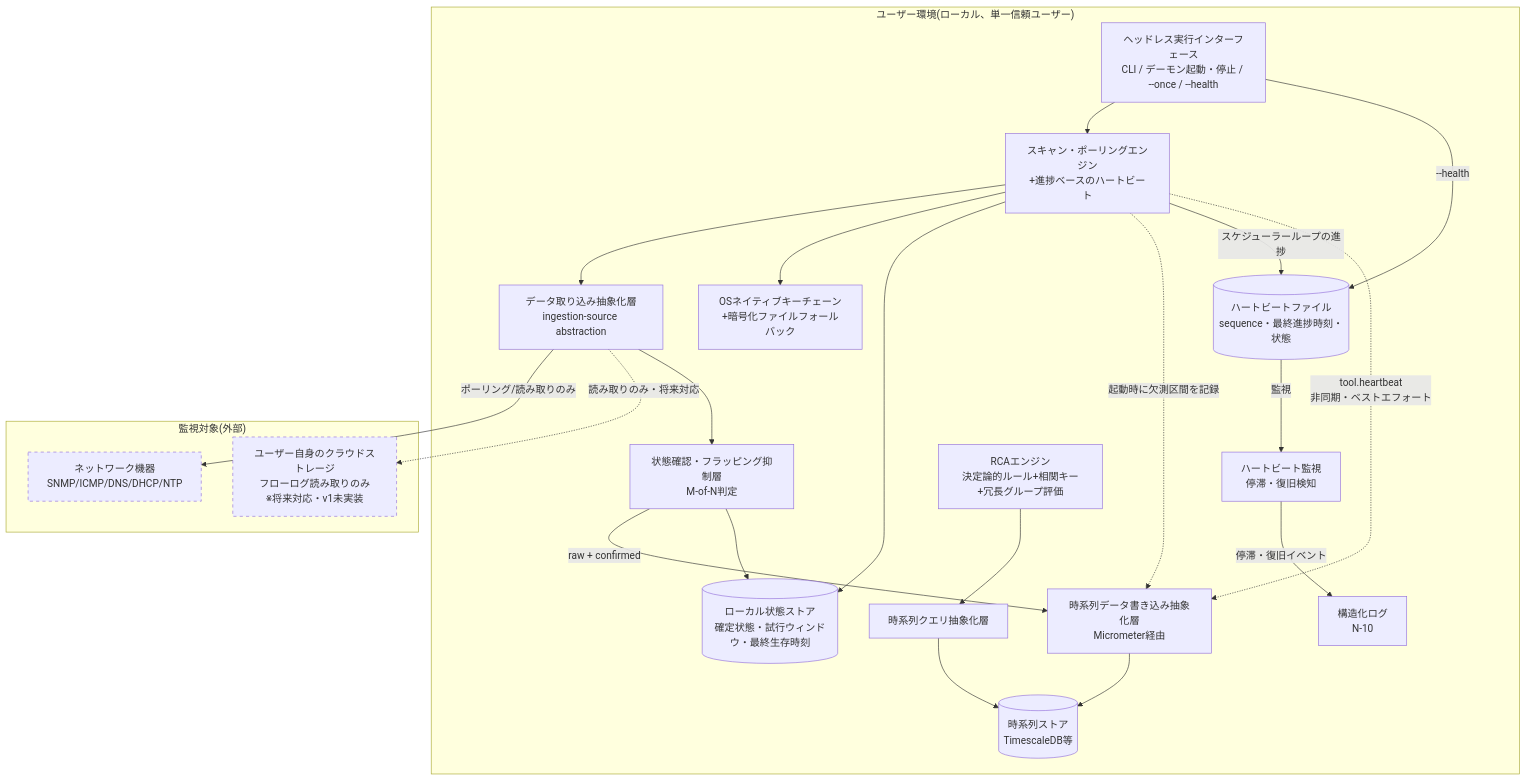
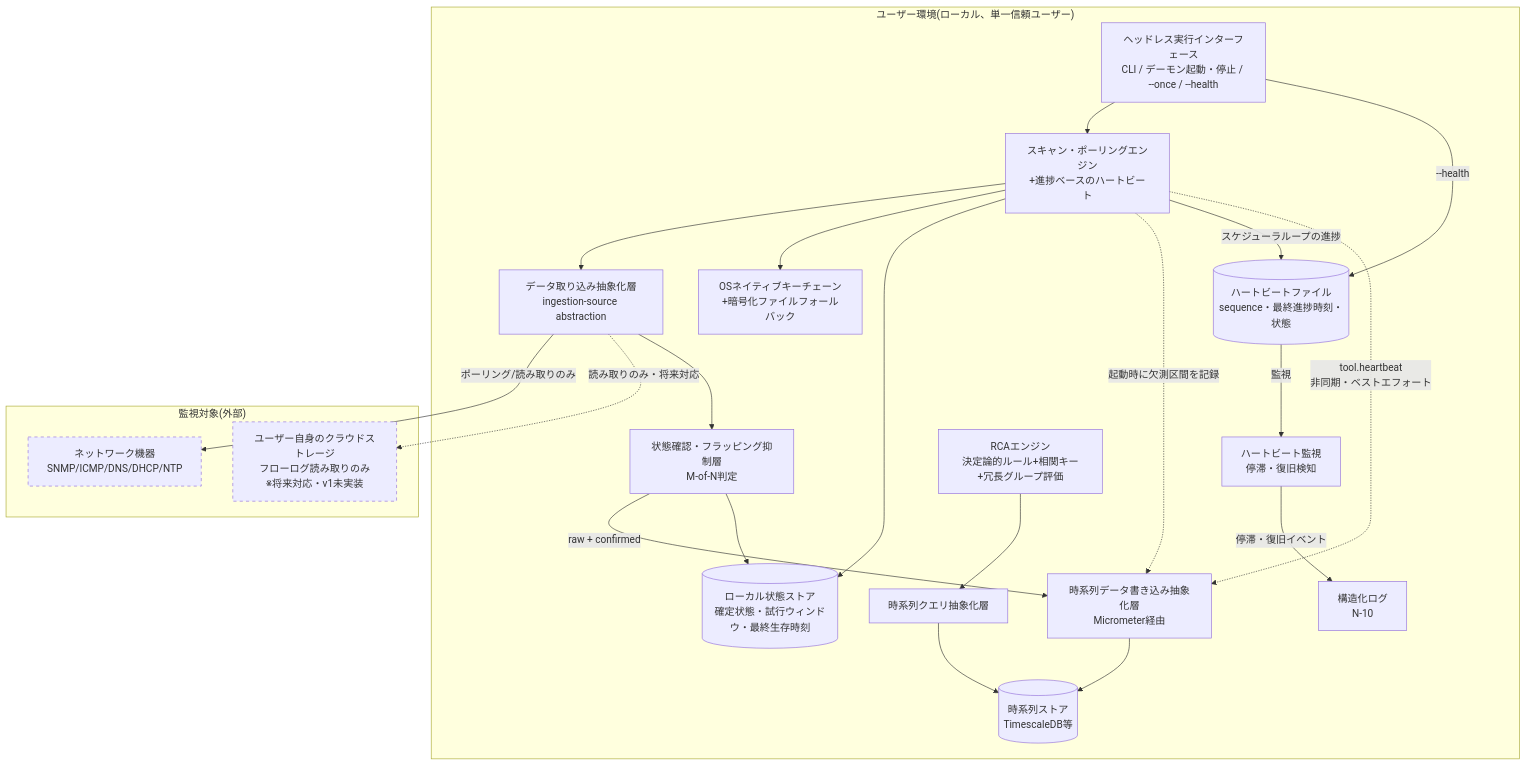
One commit to Haruyuzuriha/Myaku changed the diagram in docs/docs/システム設計/システム方式設計書.md. Above: the diagram before and after it, drawn with Mermaid. The commit also changed other lines of this file and 1 other file, not shown here.

````diff
--- a/docs/docs/システム設計/システム方式設計書.md
+++ b/docs/docs/システム設計/システム方式設計書.md
@@ -35,45 +35,45 @@
 ```mermaid
 graph TB
     subgraph "ユーザー環境(ローカル、単一信頼ユーザー)"
         UI[ヘッドレス実行インターフェース<br/>CLI / デーモン起動・停止 / --once / --health]
         Engine[スキャン・ポーリングエンジン<br/>+進捗ベースのハートビート]
         HeartbeatFile[(ハートビートファイル<br/>sequence・最終進捗時刻・状態)]
         Watchdog[ハートビート監視<br/>停滞・復旧検知]
         Log[構造化ログ<br/>N-10]
         StateConfirm[状態確認・フラッピング抑制層<br/>M-of-N判定]
         RCA[RCAエンジン<br/>決定論的ルール+相関キー+冗長グループ評価]
         Ingest[データ取り込み抽象化層<br/>ingestion-source abstraction]
         WriteAbs[時系列データ書き込み抽象化層<br/>Micrometer経由]
         QueryAbs[時系列クエリ抽象化層]
         TSDB[(時系列ストア<br/>TimescaleDB等)]
         Keychain[OSネイティブキーチェーン<br/>+暗号化ファイルフォールバック]
         LocalState[(ローカル状態ストア<br/>確定状態・試行ウィンドウ・最終生存時刻)]
     end
 
     subgraph "監視対象(外部)"
         Net[ネットワーク機器<br/>SNMP/ICMP/DNS/DHCP/NTP]
         Cloud[ユーザー自身のクラウドストレージ<br/>フローログ読み取りのみ<br/>※将来対応・v1未実装]
     end
 
     UI --> Engine
     UI -->|--health| HeartbeatFile
     Engine --> Ingest
     Ingest -->|ポーリング/読み取りのみ| Net
     Ingest -.->|読み取りのみ・将来対応| Cloud
     Ingest --> StateConfirm
     StateConfirm -->|raw + confirmed| WriteAbs
     WriteAbs --> TSDB
     QueryAbs --> TSDB
     RCA --> QueryAbs
     Engine --> Keychain
     Engine --> LocalState
     StateConfirm --> LocalState
     Engine -.->|起動時に欠測区間を記録| WriteAbs
-    Engine -->|スケジューラーループの進捗| HeartbeatFile
+    Engine -->|スケジューラループの進捗| HeartbeatFile
     HeartbeatFile -->|監視| Watchdog
     Watchdog -->|停滞・復旧イベント| Log
     Engine -.->|tool.heartbeat<br/>非同期・ベストエフォート| WriteAbs
 
     style Cloud stroke-dasharray: 5 5
     style Net stroke-dasharray: 5 5
 ```
````
